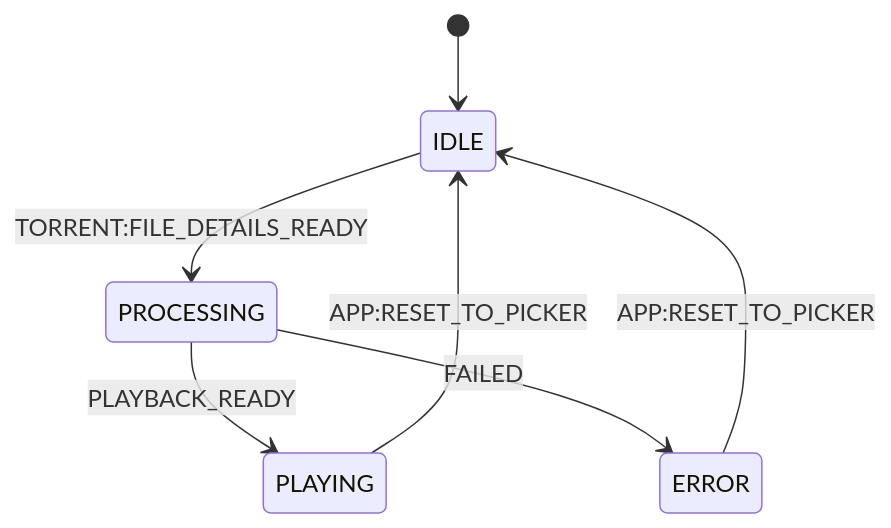
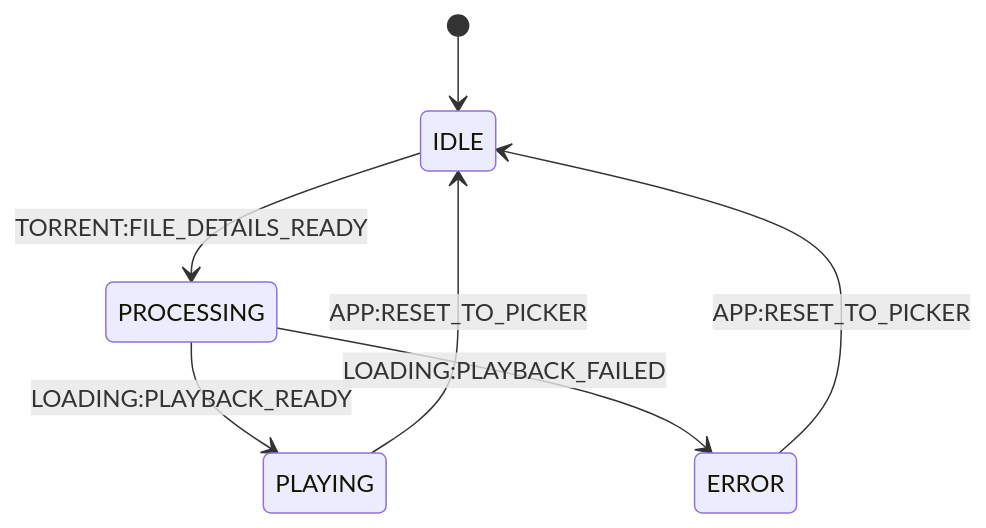
One commit to torrent-tv/server changed the fifth of 7 diagrams in README.md. Above: the diagram before and after it, drawn with Mermaid. The commit also changed other lines of this file and 19 other files, not shown here.

````diff
--- a/README.md
+++ b/README.md
@@ -69,9 +218,9 @@
 ```mermaid
 stateDiagram-v2
   [*] --> IDLE
   IDLE --> PROCESSING: TORRENT:FILE_DETAILS_READY
-  PROCESSING --> PLAYING: PLAYBACK_READY
-  PROCESSING --> ERROR: FAILED
+  PROCESSING --> PLAYING: LOADING:PLAYBACK_READY
+  PROCESSING --> ERROR: LOADING:PLAYBACK_FAILED
   PLAYING --> IDLE: APP:RESET_TO_PICKER
   ERROR --> IDLE: APP:RESET_TO_PICKER
 ```
````
